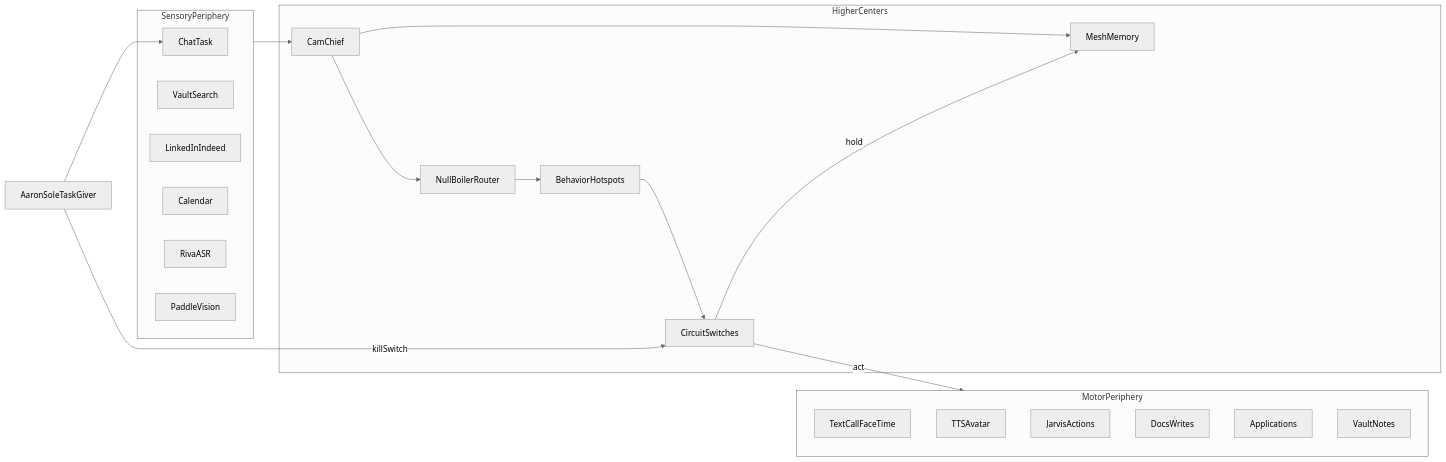
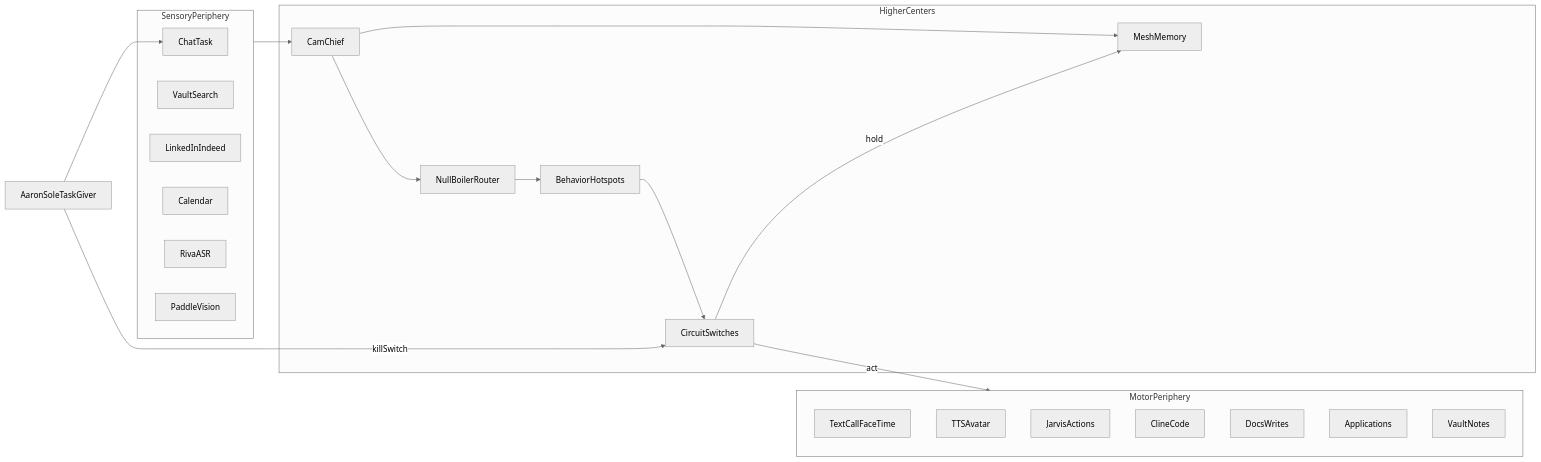
The diagram in docs/CONNECTOME_ARCHITECTURE.md (afidurko/Personal-Assistant), drawn with Mermaid (neutral theme) before and after one commit. The commit also changed other lines of this file and 67 other files, not shown here.

````diff
--- a/docs/CONNECTOME_ARCHITECTURE.md
+++ b/docs/CONNECTOME_ARCHITECTURE.md
@@ -32,38 +32,39 @@
 ```mermaid
 flowchart LR
   subgraph sensory [SensoryPeriphery]
     Chat[ChatTask]
     Vault[VaultSearch]
     Boards[LinkedInIndeed]
     Cal[Calendar]
     ASR[RivaASR]
     Vision[PaddleVision]
   end
 
   subgraph centers [HigherCenters]
     CamChief[CamChief]
     Mesh[MeshMemory]
     Boiler[NullBoilerRouter]
     Hotspots[BehaviorHotspots]
     Switches[CircuitSwitches]
   end
 
   subgraph motor [MotorPeriphery]
     TextOut[TextCallFaceTime]
     Speak[TTSAvatar]
     JarvisOut[JarvisActions]
+    ClineOut[ClineCode]
     DocsOut[DocsWrites]
     JobsOut[Applications]
     VaultOut[VaultNotes]
   end
 
   Aaron[AaronSoleTaskGiver] --> Chat
   sensory --> CamChief
   CamChief --> Mesh
   CamChief --> Boiler
   Boiler --> Hotspots
   Hotspots --> Switches
   Switches -->|act| motor
   Switches -->|hold| Mesh
   Aaron -->|killSwitch| Switches
 ```
````
